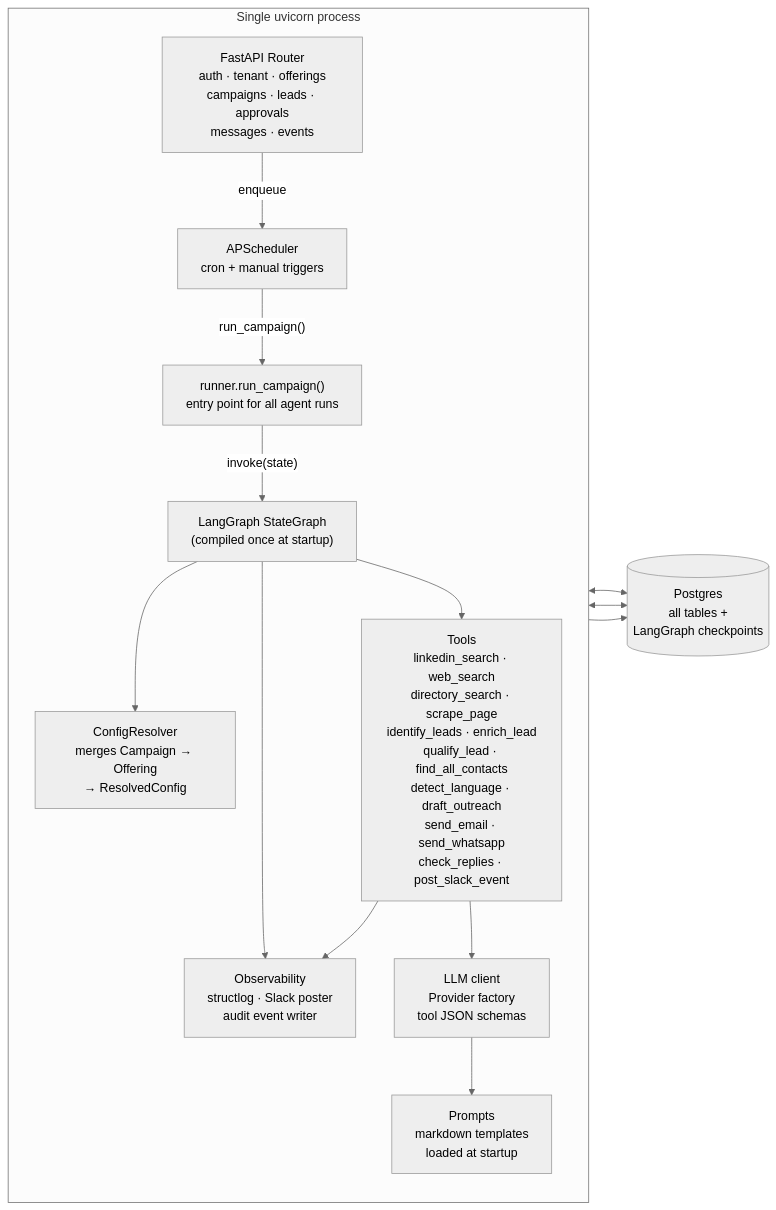
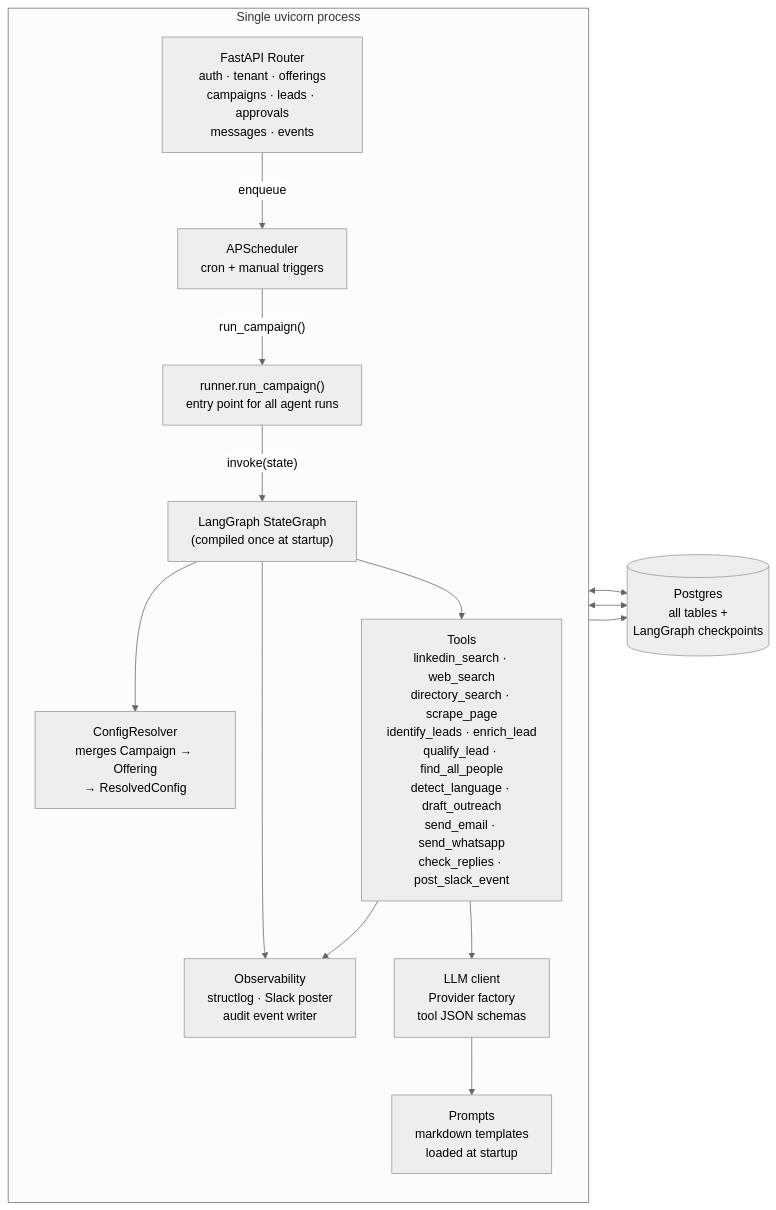
One commit to smallTechOrg/sales-agent changed the second of 4 diagrams in spec/product/02-architecture.md. Above: the diagram before and after it, drawn with Mermaid (neutral theme). The commit also changed other lines of this file and 66 other files, not shown here.

````diff
--- a/spec/product/02-architecture.md
+++ b/spec/product/02-architecture.md
@@ -51,30 +51,30 @@
 ```mermaid
 flowchart LR
     subgraph proc ["Single uvicorn process"]
         direction TB
         Router["FastAPI Router\nauth · tenant · offerings\ncampaigns · leads · approvals\nmessages · events"]
         Scheduler["APScheduler\ncron + manual triggers"]
         Runner["runner.run_campaign()\nentry point for all agent runs"]
         Graph["LangGraph StateGraph\n(compiled once at startup)"]
         ConfigRes["ConfigResolver\nmerges Campaign → Offering\n→ ResolvedConfig"]
-        Tools["Tools\nlinkedin_search · web_search\ndirectory_search · scrape_page\nidentify_leads · enrich_lead\nqualify_lead · find_all_contacts\ndetect_language · draft_outreach\nsend_email · send_whatsapp\ncheck_replies · post_slack_event"]
+        Tools["Tools\nlinkedin_search · web_search\ndirectory_search · scrape_page\nidentify_leads · enrich_lead\nqualify_lead · find_all_people\ndetect_language · draft_outreach\nsend_email · send_whatsapp\ncheck_replies · post_slack_event"]
         Obs["Observability\nstructlog · Slack poster\naudit event writer"]
         LLMClient["LLM client\nProvider factory\ntool JSON schemas"]
         Prompts["Prompts\nmarkdown templates\nloaded at startup"]
     end
 
     DB[("Postgres\nall tables +\nLangGraph checkpoints")]
 
     Router       -- "enqueue"       --> Scheduler
     Scheduler    -- "run_campaign()"  --> Runner
     Runner       -- "invoke(state)"   --> Graph
     Graph        --> ConfigRes
     Graph        --> Tools
     Graph        --> Obs
     Tools        --> LLMClient
     LLMClient    --> Prompts
     Tools        --> Obs
     Router      <-->                   DB
     Graph       <-->                   DB
     Obs          -->                   DB
 ```
````
